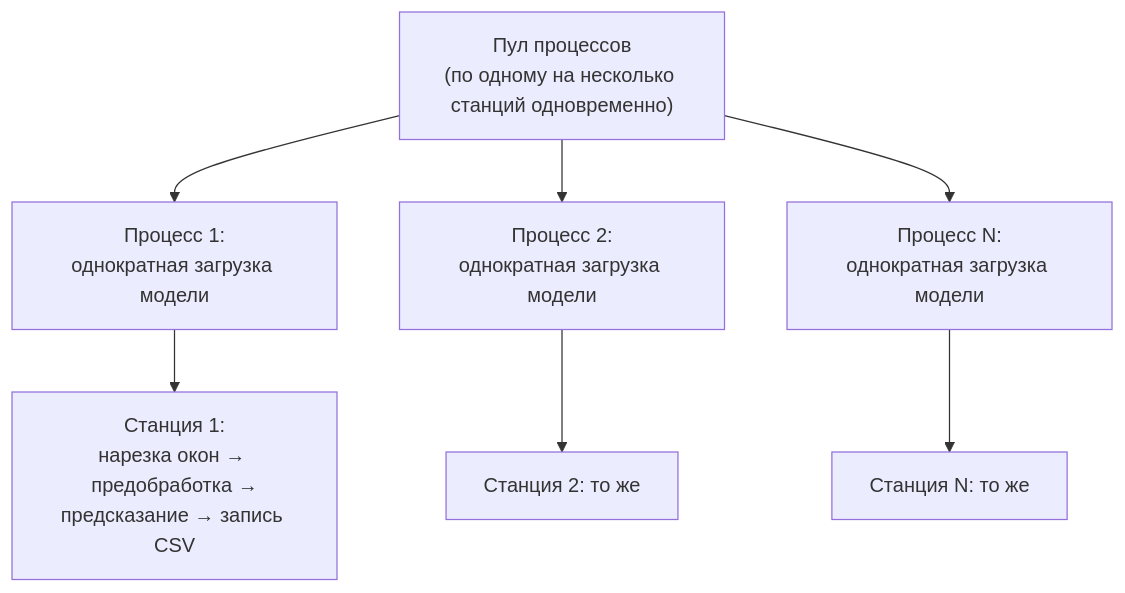
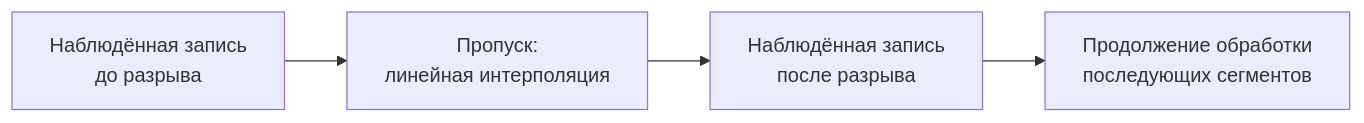
The seventh of 13 diagrams in docs/doc-physical.md (ruhose73/FastEQT), drawn with Mermaid before and after one commit. The commit also changed other lines of this file, not shown here.

````diff
--- a/docs/doc-physical.md
+++ b/docs/doc-physical.md
@@ -231,10 +227,6 @@
 ```mermaid
-flowchart TD
-    Pool["Пул процессов<br/>(по одному на несколько станций одновременно)"]
-    Pool --> Init1["Процесс 1:<br/>однократная загрузка модели"]
-    Pool --> Init2["Процесс 2:<br/>однократная загрузка модели"]
-    Pool --> InitN["Процесс N:<br/>однократная загрузка модели"]
-    Init1 --> S1["Станция 1:<br/>нарезка окон → предобработка →<br/>предсказание → запись CSV"]
-    Init2 --> S2["Станция 2: то же"]
-    InitN --> SN["Станция N: то же"]
+flowchart LR
+    A["Наблюдённая запись<br/>до разрыва"] --> B["Пропуск:<br/>линейная интерполяция"]
+    B --> C["Наблюдённая запись<br/>после разрыва"]
+    C --> D["Продолжение обработки<br/>последующих сегментов"]
 ```
````
